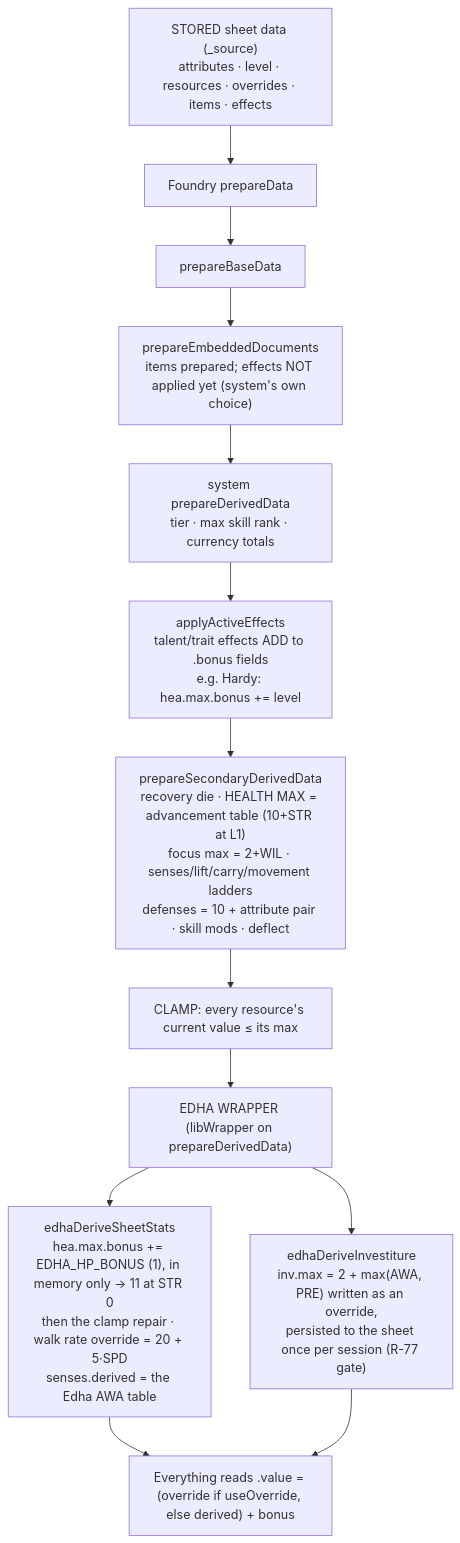
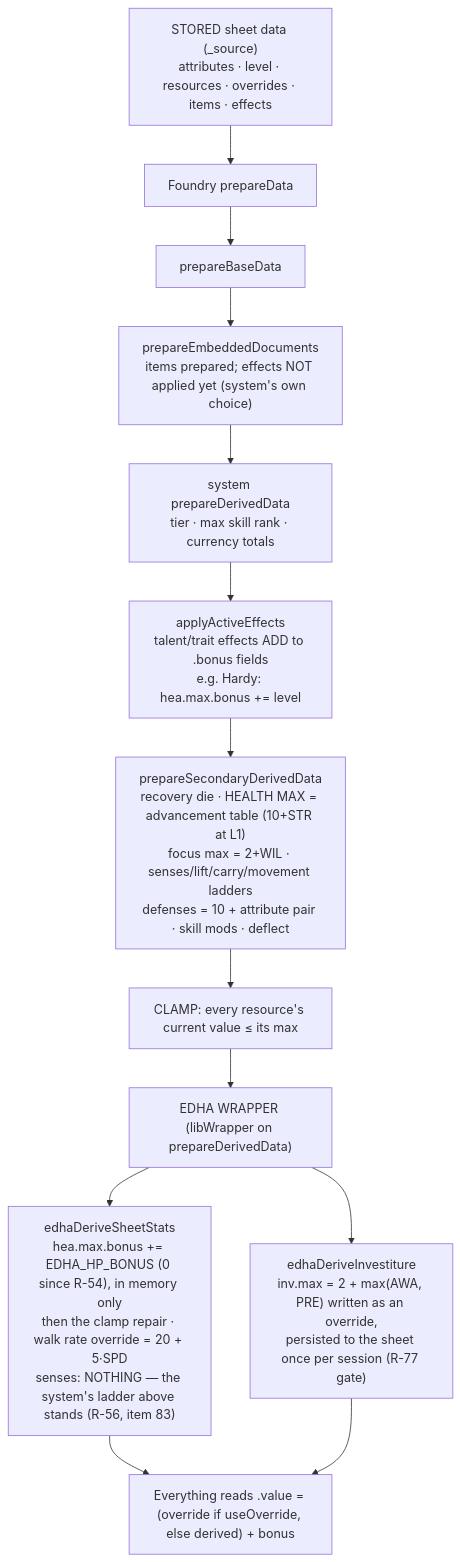
Before and after one commit to CadburyAtoms/Skilltrees: the diagram in docs/ACTOR_STAT_DERIVATION.md, drawn with Mermaid. The commit also changed other lines of this file and 7 other files, not shown here.

````diff
--- a/docs/ACTOR_STAT_DERIVATION.md
+++ b/docs/ACTOR_STAT_DERIVATION.md
@@ -32,16 +33,16 @@
 ```mermaid
 flowchart TD
   S["STORED sheet data (_source)<br/>attributes · level · resources · overrides · items · effects"]
   S --> B["Foundry prepareData"]
   B --> C["prepareBaseData"]
   C --> D["prepareEmbeddedDocuments<br/>items prepared; effects NOT applied yet (system's own choice)"]
   D --> E["system prepareDerivedData<br/>tier · max skill rank · currency totals"]
   E --> F["applyActiveEffects<br/>talent/trait effects ADD to .bonus fields<br/>e.g. Hardy: hea.max.bonus += level"]
   F --> G["prepareSecondaryDerivedData<br/>recovery die · HEALTH MAX = advancement table (10+STR at L1)<br/>focus max = 2+WIL · senses/lift/carry/movement ladders<br/>defenses = 10 + attribute pair · skill mods · deflect"]
   G --> H["CLAMP: every resource's current value ≤ its max"]
   H --> I["EDHA WRAPPER (libWrapper on prepareDerivedData)"]
   I --> J["edhaDeriveInvestiture<br/>inv.max = 2 + max(AWA, PRE) written as an override,<br/>persisted to the sheet once per session (R-77 gate)"]
-  I --> K["edhaDeriveSheetStats<br/>hea.max.bonus += EDHA_HP_BONUS (1), in memory only → 11 at STR 0<br/>then the clamp repair · walk rate override = 20 + 5·SPD<br/>senses.derived = the Edha AWA table"]
+  I --> K["edhaDeriveSheetStats<br/>hea.max.bonus += EDHA_HP_BONUS (0 since R-54), in memory only<br/>then the clamp repair · walk rate override = 20 + 5·SPD<br/>senses: NOTHING — the system's ladder above stands (R-56, item 83)"]
   K --> V["Everything reads .value = (override if useOverride, else derived) + bonus"]
   J --> V
 ```
````
